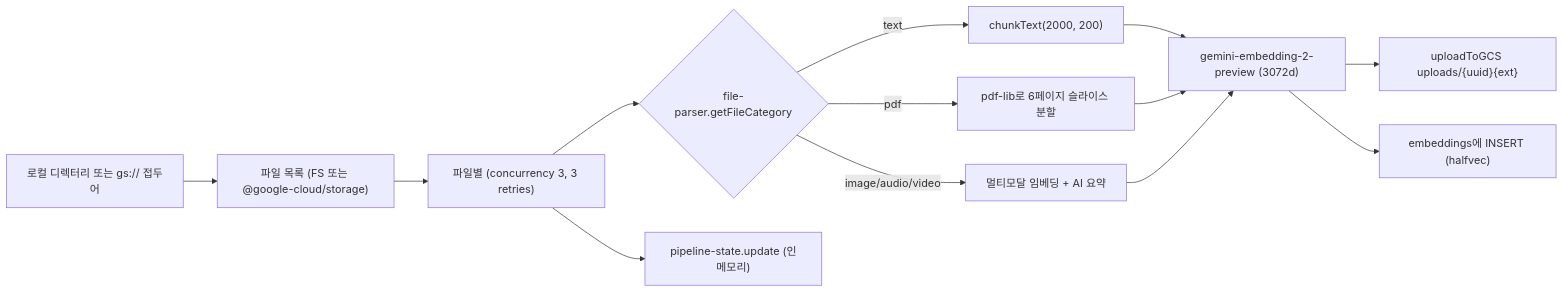
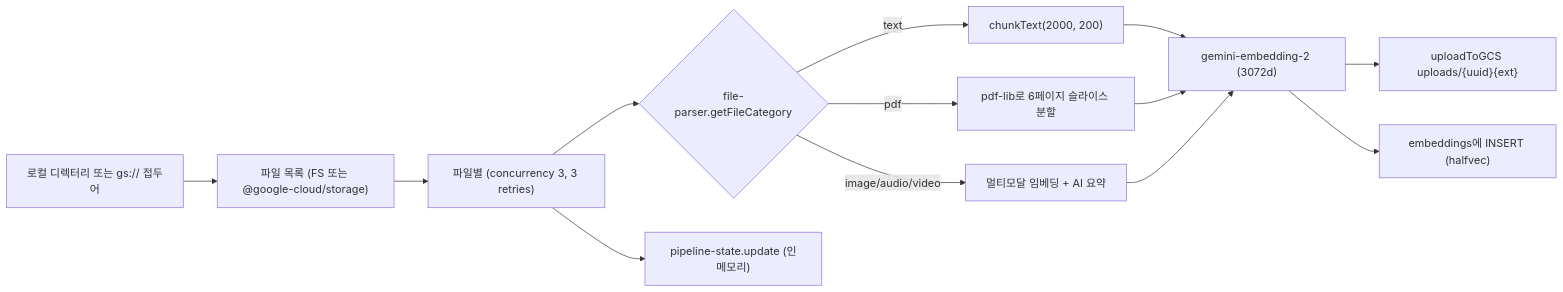
The fifth of 8 diagrams in docs/ko/ARCHITECTURE.md (midasol/sap-rag-integration), drawn with Mermaid before and after one commit. The commit also changed other lines of this file and 20 other files, not shown here.

First line of the commit message:
chore: migrate embedding model to gemini-embedding-2 (GA)

````diff
--- a/docs/ko/ARCHITECTURE.md
+++ b/docs/ko/ARCHITECTURE.md
@@ -168,16 +168,16 @@
 ```mermaid
 flowchart LR
   In["로컬 디렉터리 또는 gs:// 접두어"] --> Listing
   Listing["파일 목록 (FS 또는 @google-cloud/storage)"]
   Listing --> Loop["파일별 (concurrency 3, 3 retries)"]
   Loop --> Cat{"file-parser.getFileCategory"}
   Cat -- text --> Chunk["chunkText(2000, 200)"]
   Cat -- pdf --> Split["pdf-lib로 6페이지 슬라이스 분할"]
   Cat -- image/audio/video --> Multi["멀티모달 임베딩 + AI 요약"]
-  Chunk --> Embed["gemini-embedding-2-preview (3072d)"]
+  Chunk --> Embed["gemini-embedding-2 (3072d)"]
   Split --> Embed
   Multi --> Embed
   Embed --> Upload["uploadToGCS uploads/{uuid}{ext}"]
   Embed --> Insert["embeddings에 INSERT (halfvec)"]
   Loop --> Status["pipeline-state.update (인메모리)"]
 ```
````
